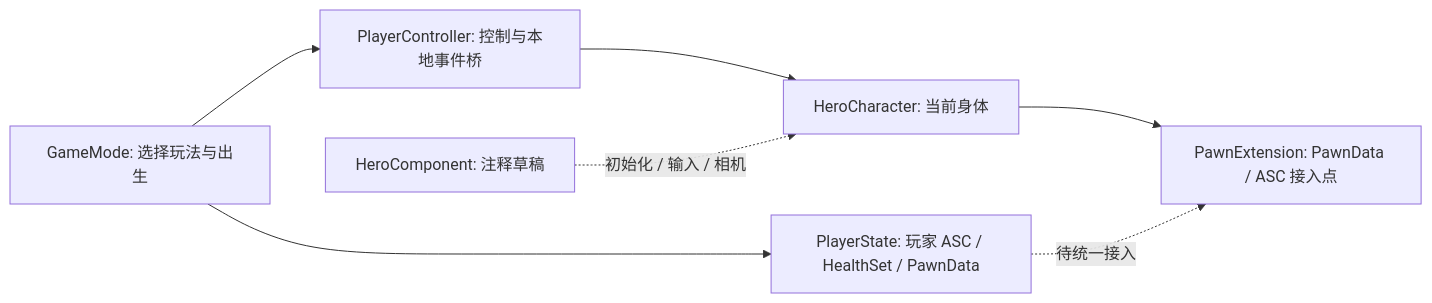
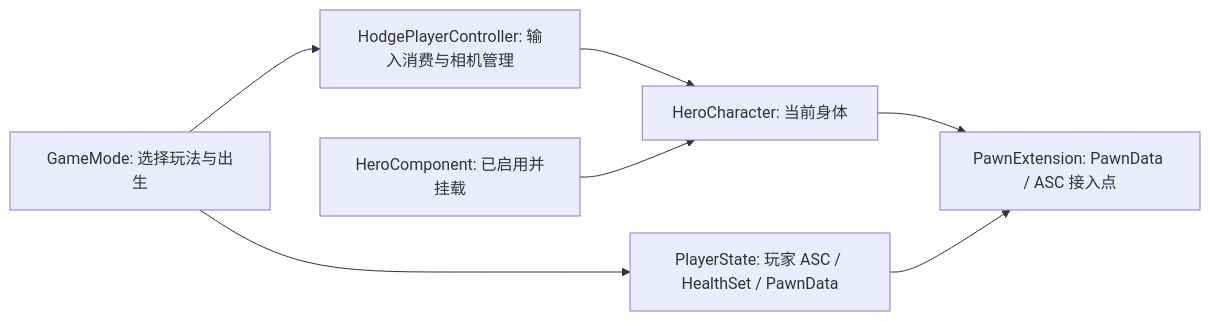
One commit to hengziwen/Hodgepodge changed the diagram in Docs/KnowledgeBase/02-architecture.md. Above: the diagram before and after it, drawn with Mermaid. The commit also changed other lines of this file and 42 other files, not shown here.

````diff
--- a/Docs/KnowledgeBase/02-architecture.md
+++ b/Docs/KnowledgeBase/02-architecture.md
@@ -19,9 +20,9 @@
 ```mermaid
 flowchart LR
     GM[GameMode: 选择玩法与出生] --> PS[PlayerState: 玩家 ASC / HealthSet / PawnData]
-    GM --> PC[PlayerController: 控制与本地事件桥]
+    GM --> PC[HodgePlayerController: 输入消费与相机管理]
     PC --> Hero[HeroCharacter: 当前身体]
     Hero --> PE[PawnExtension: PawnData / ASC 接入点]
-    PS -.待统一接入.-> PE
-    HC[HeroComponent: 注释草稿] -.初始化 / 输入 / 相机.-> Hero
+    PS --> PE
+    HC[HeroComponent: 已启用并挂载] --> Hero
 ```
````
